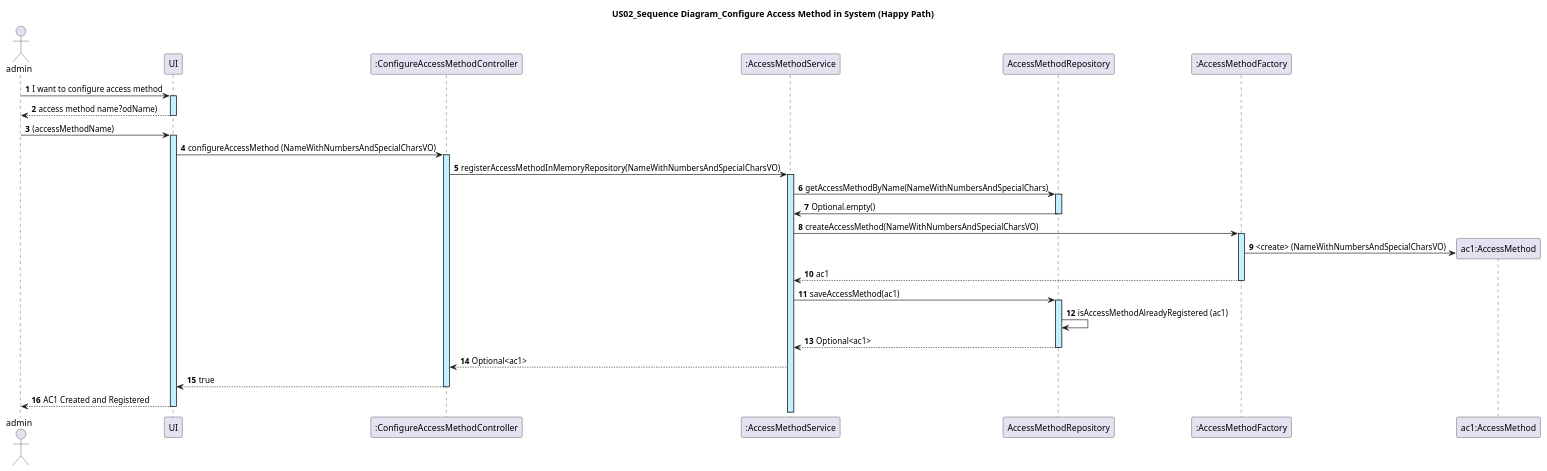
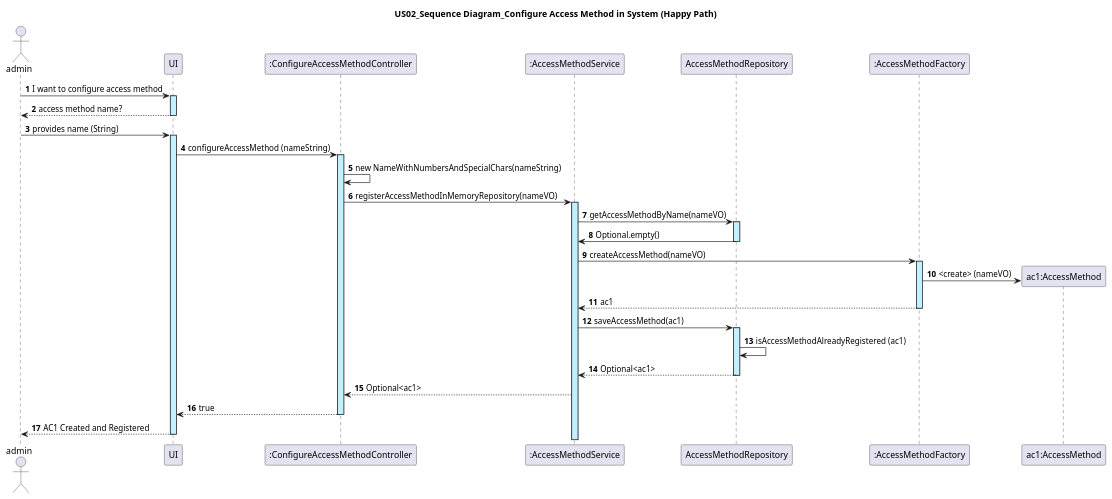
Before and after one commit to GasparISEP/DevOps-PAI: the diagram in docs/US02/US02_ConfigureAccessMethod_SequenceDiagram.puml, drawn with PlantUML. The commit also changed 1 other file, not shown here.

Commit message:
Update Sequence Diagrams US02 with the creation of NameWithNumbersAndSpecialChars VO in Controller. refs #299

```diff
--- a/docs/US02/US02_ConfigureAccessMethod_SequenceDiagram.puml
+++ b/docs/US02/US02_ConfigureAccessMethod_SequenceDiagram.puml
@@ -1,29 +1,30 @@
 @startuml
 actor admin
 autonumber
 
 title: US02_Sequence Diagram_Configure Access Method in System (Happy Path)
 
 admin -> UI ++ #application : I want to configure access method
-UI --> admin -- : access method name?odName)
-admin -> UI ++ #application :(accessMethodName)
-UI -> ":ConfigureAccessMethodController" as ConfigureAccessMethodController ++ #application : configureAccessMethod (NameWithNumbersAndSpecialCharsVO)
-ConfigureAccessMethodController -> ":AccessMethodService" ++ #application: registerAccessMethodInMemoryRepository(NameWithNumbersAndSpecialCharsVO)
+UI --> admin -- : access method name?
+admin -> UI ++ #application :provides name (String)
+UI -> ":ConfigureAccessMethodController" as ConfigureAccessMethodController ++ #application : configureAccessMethod (nameString)
+ConfigureAccessMethodController -> ConfigureAccessMethodController: new NameWithNumbersAndSpecialChars(nameString)
+ConfigureAccessMethodController -> ":AccessMethodService" ++ #application: registerAccessMethodInMemoryRepository(nameVO)
 
-":AccessMethodService" -> AccessMethodRepository ++ #application:  getAccessMethodByName(NameWithNumbersAndSpecialChars)
+":AccessMethodService" -> AccessMethodRepository ++ #application:  getAccessMethodByName(nameVO)
 AccessMethodRepository -> ":AccessMethodService" --: Optional.empty()
-":AccessMethodService" -> ":AccessMethodFactory" as AccessMethodFactory ++ #application : createAccessMethod(NameWithNumbersAndSpecialCharsVO)
+":AccessMethodService" -> ":AccessMethodFactory" as AccessMethodFactory ++ #application : createAccessMethod(nameVO)
 create "ac1:AccessMethod" as AccessMethod
-AccessMethodFactory -> AccessMethod  #application  : <create> (NameWithNumbersAndSpecialCharsVO)
+AccessMethodFactory -> AccessMethod  #application  : <create> (nameVO)
 AccessMethodFactory --> ":AccessMethodService" -- : ac1
 
 ":AccessMethodService" -> ":AccessMethodRepository" as AccessMethodRepository ++ #application : saveAccessMethod(ac1)
 
 AccessMethodRepository -> AccessMethodRepository : isAccessMethodAlreadyRegistered (ac1)
 
 AccessMethodRepository --> ":AccessMethodService" --:  Optional<ac1>
 
 ":AccessMethodService" --> ConfigureAccessMethodController: Optional<ac1>
 ConfigureAccessMethodController --> UI --: true
 UI --> admin --: AC1 Created and Registered
 @enduml
```
